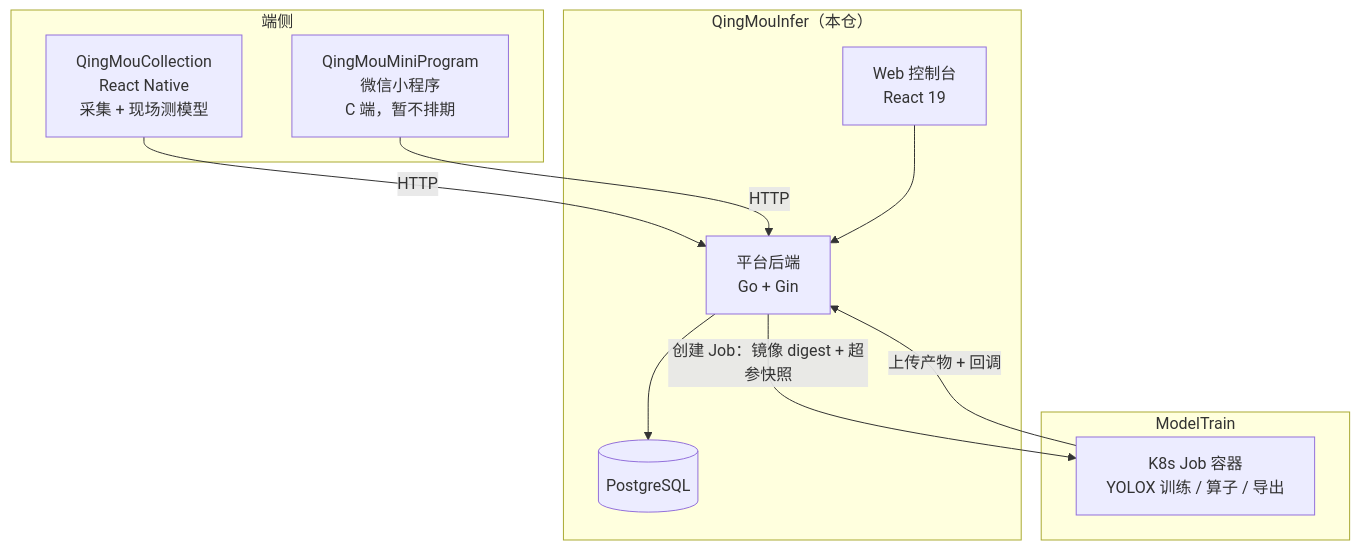
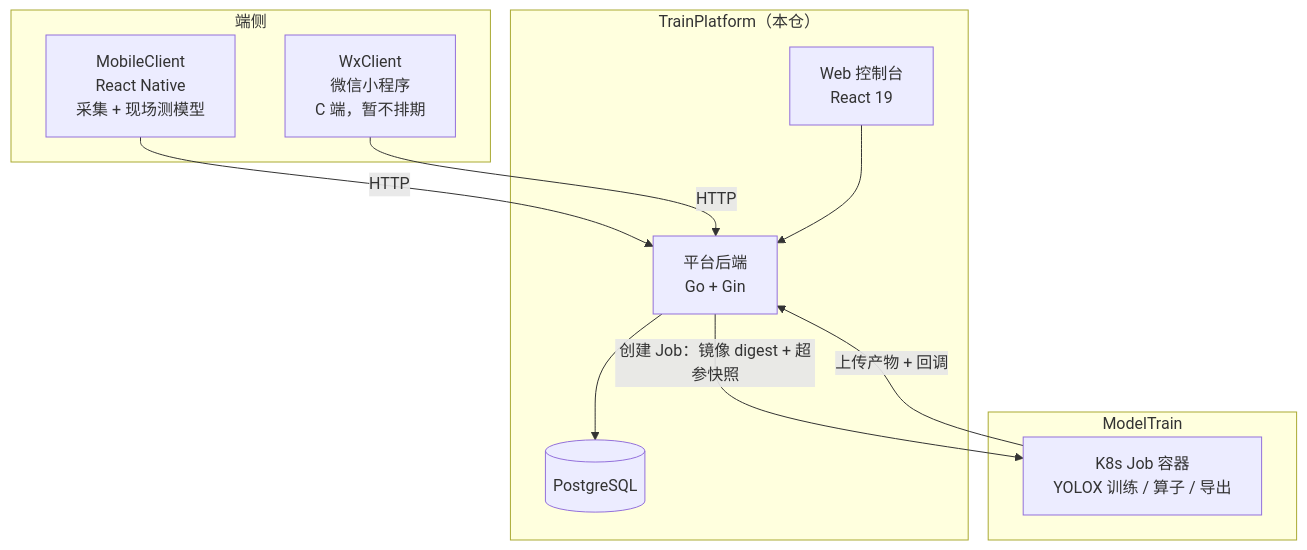
The diagram in README.md (QingMouFoodDate/TrainPlatform), drawn with Mermaid before and after one commit. The commit also changed other lines of this file, not shown here.

````diff
--- a/README.md
+++ b/README.md
@@ -42,22 +42,22 @@
 ```mermaid
 flowchart TB
     subgraph End["端侧"]
-        RN["QingMouCollection<br/>React Native<br/>采集 + 现场测模型"]
-        MP["QingMouMiniProgram<br/>微信小程序<br/>C 端，暂不排期"]
+        RN["MobileClient<br/>React Native<br/>采集 + 现场测模型"]
+        MP["WxClient<br/>微信小程序<br/>C 端，暂不排期"]
     end
-    subgraph I["QingMouInfer（本仓）"]
+    subgraph I["TrainPlatform（本仓）"]
         WEB["Web 控制台<br/>React 19"]
         API["平台后端<br/>Go + Gin"]
         DB[("PostgreSQL")]
     end
     subgraph T["ModelTrain"]
         JOB["K8s Job 容器<br/>YOLOX 训练 / 算子 / 导出"]
     end
 
     RN -->|HTTP| API
     MP -->|HTTP| API
     WEB --> API
     API --> DB
     API -->|"创建 Job：镜像 digest + 超参快照"| JOB
     JOB -->|"上传产物 + 回调"| API
 ```
````
